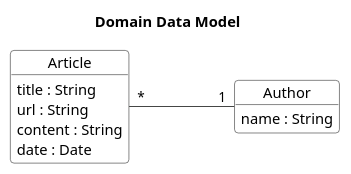
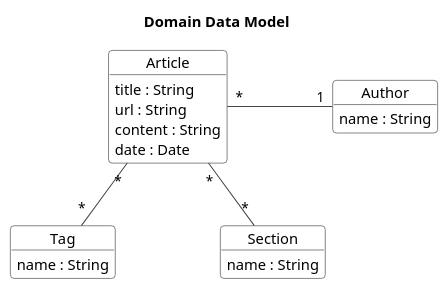
The diagram in docs/model.puml (1Krypt0/FEUP-PRI-PROJ), drawn with PlantUML before and after one commit. The commit also changed 2 other files, not shown here.

```diff
--- a/docs/model.puml
+++ b/docs/model.puml
@@ -1,24 +1,34 @@
 @startuml "Domain Data Model"
 !theme vibrant
 skinparam object {
     BackgroundColor white
 }
 
 skinparam nodesep 100
 skinparam FileFontName SansSerif
 title Domain Data Model
 
 object Article {
     title : String
     url : String
     content : String
     date : Date
 }
 
 object Author {
     name : String
 }
 
+object Tag {
+    name : String
+}
+
+object Section {
+    name : String
+}
+
 Article "*" - "1" Author
+Article "*" -- "*" Tag
+Article "*" -- "*" Section 
 
 @enduml
```
